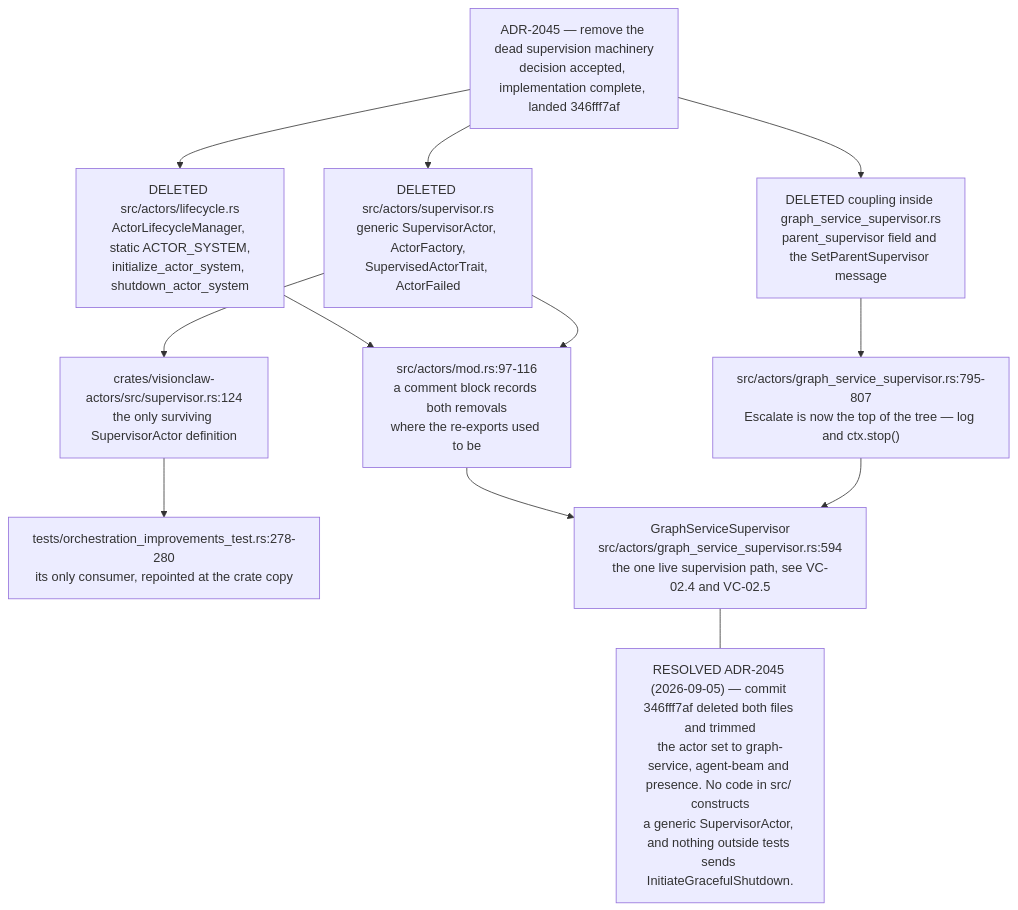
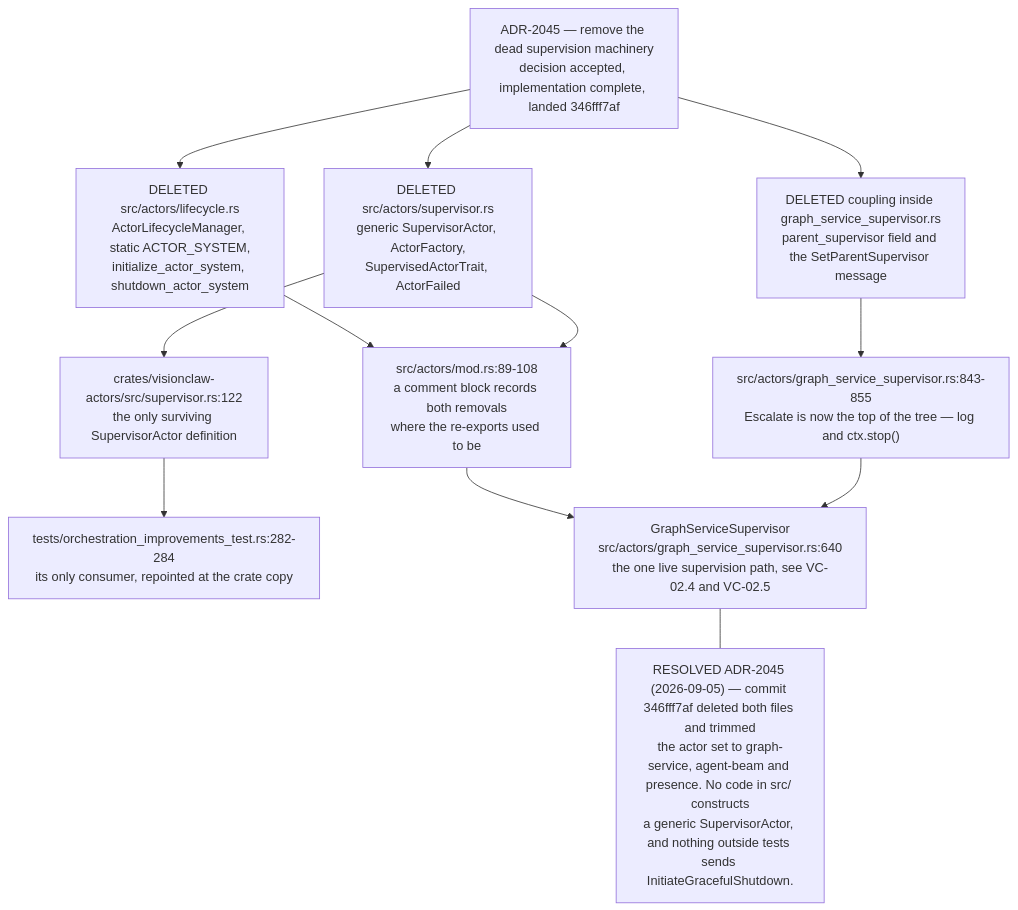
Before and after one commit to DreamLab-AI/VisionFlow: the seventh of 14 diagrams in docs/diagrams/visionclaw/02-actor-supervision.md, drawn with Mermaid. The commit also changed other lines of this file and 160 other files, not shown here.

````diff
--- a/docs/diagrams/visionclaw/02-actor-supervision.md
+++ b/docs/diagrams/visionclaw/02-actor-supervision.md
@@ -261,26 +266,26 @@
 ```mermaid
 flowchart TB
     ADR["ADR-2045 — remove the dead supervision machinery<br/>decision accepted, implementation complete, landed 346fff7af"]
     LIFE["DELETED src/actors/lifecycle.rs<br/>ActorLifecycleManager, static ACTOR_SYSTEM,<br/>initialize_actor_system, shutdown_actor_system"]
     SUP["DELETED src/actors/supervisor.rs<br/>generic SupervisorActor, ActorFactory,<br/>SupervisedActorTrait, ActorFailed"]
     COUP["DELETED coupling inside graph_service_supervisor.rs<br/>parent_supervisor field and the SetParentSupervisor message"]
-    MOD["src/actors/mod.rs:97-116<br/>a comment block records both removals<br/>where the re-exports used to be"]
-    ESC["src/actors/graph_service_supervisor.rs:795-807<br/>Escalate is now the top of the tree — log and ctx.stop()"]
-    CRATE["crates/visionclaw-actors/src/supervisor.rs:124<br/>the only surviving SupervisorActor definition"]
-    TEST["tests/orchestration_improvements_test.rs:278-280<br/>its only consumer, repointed at the crate copy"]
-    LIVE["GraphServiceSupervisor<br/>src/actors/graph_service_supervisor.rs:594<br/>the one live supervision path, see VC-02.4 and VC-02.5"]
+    MOD["src/actors/mod.rs:89-108<br/>a comment block records both removals<br/>where the re-exports used to be"]
+    ESC["src/actors/graph_service_supervisor.rs:843-855<br/>Escalate is now the top of the tree — log and ctx.stop()"]
+    CRATE["crates/visionclaw-actors/src/supervisor.rs:122<br/>the only surviving SupervisorActor definition"]
+    TEST["tests/orchestration_improvements_test.rs:282-284<br/>its only consumer, repointed at the crate copy"]
+    LIVE["GraphServiceSupervisor<br/>src/actors/graph_service_supervisor.rs:640<br/>the one live supervision path, see VC-02.4 and VC-02.5"]
 
     ADR --> LIFE
     ADR --> SUP
     ADR --> COUP
     LIFE --> MOD
     SUP --> MOD
     SUP --> CRATE
     CRATE --> TEST
     COUP --> ESC
     MOD --> LIVE
     ESC --> LIVE
 
     N1["RESOLVED ADR-2045 (2026-09-05) — commit 346fff7af deleted both files and trimmed<br/>the actor set to graph-service, agent-beam and presence. No code in src/ constructs<br/>a generic SupervisorActor, and nothing outside tests sends InitiateGracefulShutdown."]
     LIVE --- N1
 ```
````
